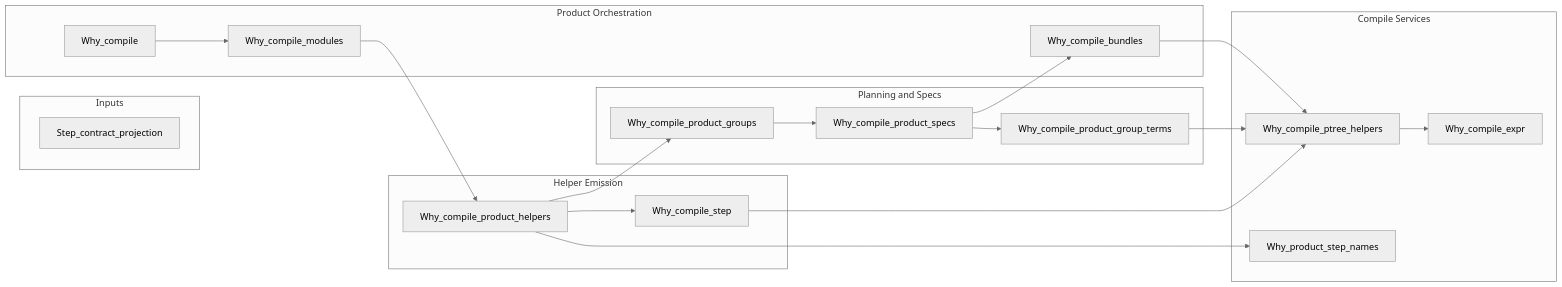
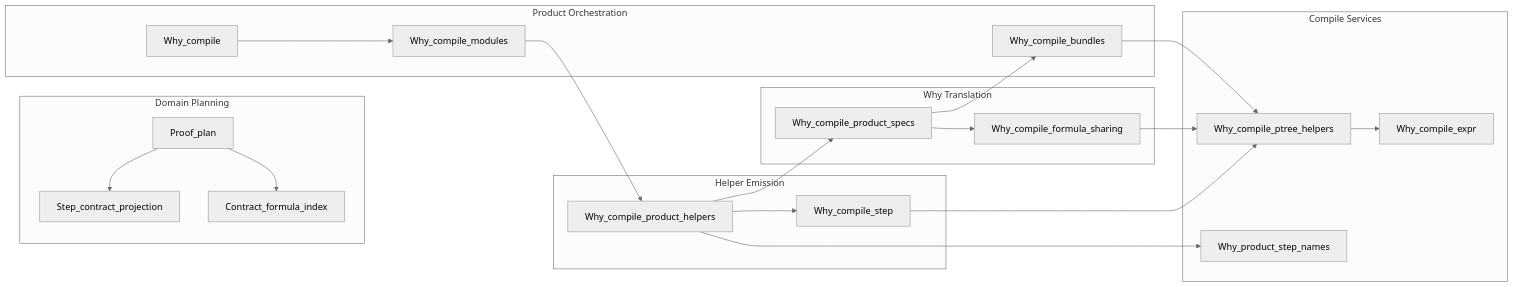
Before and after one commit to DabrowskiFr/Kairos: the diagram in docs/architecture/observed/why3-product-backend.mmd, drawn with Mermaid (neutral theme). The commit also changed 89 other files, not shown here.

Commit message:
refactor: move proof planning out of Why3 backend

```diff
--- a/docs/architecture/observed/why3-product-backend.mmd
+++ b/docs/architecture/observed/why3-product-backend.mmd
@@ -1,37 +1,39 @@
 flowchart LR
   %% Observed dependencies from odep. Arrow means "depends on".
-  subgraph Inputs["Inputs"]
+  subgraph Domain_Planning["Domain Planning"]
     Step_contract_projection["Step_contract_projection"]
+    Contract_formula_index["Contract_formula_index"]
+    Proof_plan["Proof_plan"]
   end
   subgraph Product_Orchestration["Product Orchestration"]
     Why_compile["Why_compile"]
     Why_compile_bundles["Why_compile_bundles"]
     Why_compile_modules["Why_compile_modules"]
   end
-  subgraph Planning_and_Specs["Planning and Specs"]
-    Why_compile_product_groups["Why_compile_product_groups"]
-    Why_compile_product_group_terms["Why_compile_product_group_terms"]
+  subgraph Why_Translation["Why Translation"]
+    Why_compile_formula_sharing["Why_compile_formula_sharing"]
     Why_compile_product_specs["Why_compile_product_specs"]
   end
   subgraph Helper_Emission["Helper Emission"]
     Why_compile_product_helpers["Why_compile_product_helpers"]
     Why_compile_step["Why_compile_step"]
   end
   subgraph Compile_Services["Compile Services"]
     Why_compile_ptree_helpers["Why_compile_ptree_helpers"]
     Why_compile_expr["Why_compile_expr"]
     Why_product_step_names["Why_product_step_names"]
   end
 
+  Proof_plan --> Contract_formula_index
+  Proof_plan --> Step_contract_projection
   Why_compile --> Why_compile_modules
   Why_compile_bundles --> Why_compile_ptree_helpers
+  Why_compile_formula_sharing --> Why_compile_ptree_helpers
   Why_compile_modules --> Why_compile_product_helpers
-  Why_compile_product_group_terms --> Why_compile_ptree_helpers
-  Why_compile_product_groups --> Why_compile_product_specs
-  Why_compile_product_helpers --> Why_compile_product_groups
+  Why_compile_product_helpers --> Why_compile_product_specs
   Why_compile_product_helpers --> Why_compile_step
   Why_compile_product_helpers --> Why_product_step_names
   Why_compile_product_specs --> Why_compile_bundles
-  Why_compile_product_specs --> Why_compile_product_group_terms
+  Why_compile_product_specs --> Why_compile_formula_sharing
   Why_compile_ptree_helpers --> Why_compile_expr
   Why_compile_step --> Why_compile_ptree_helpers
```
